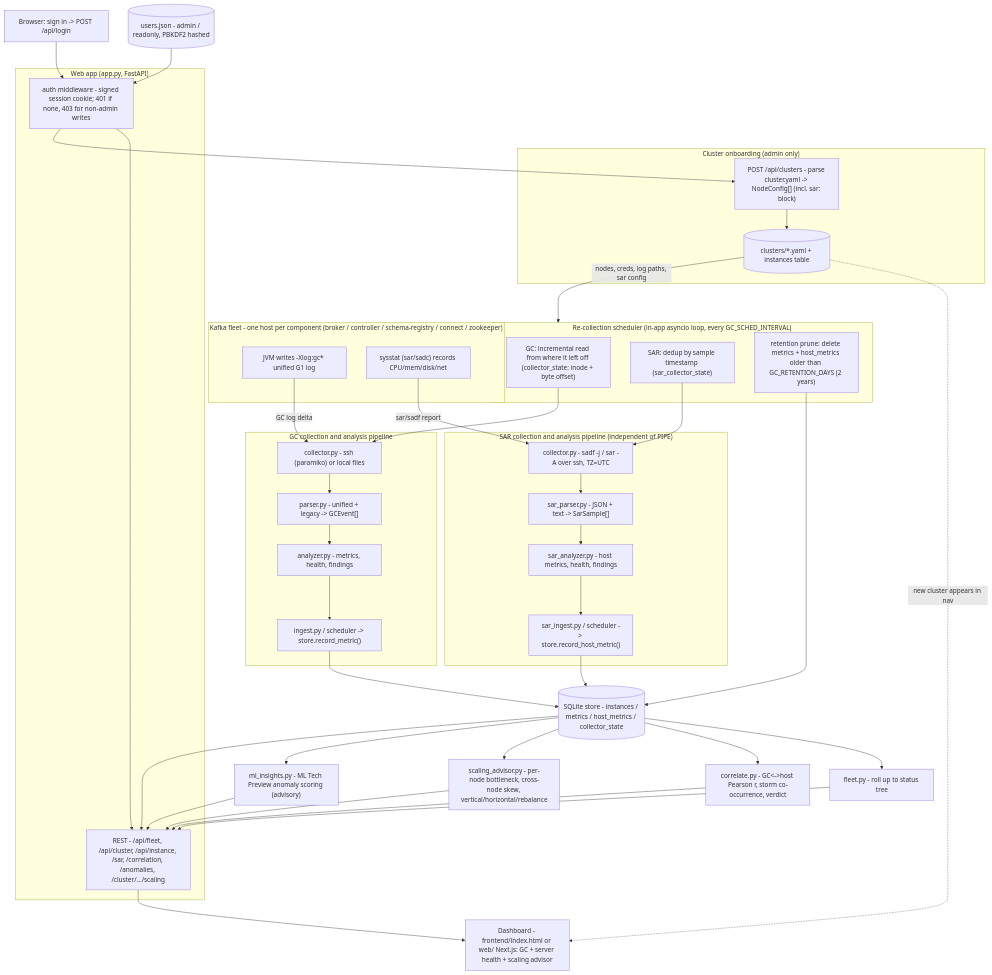
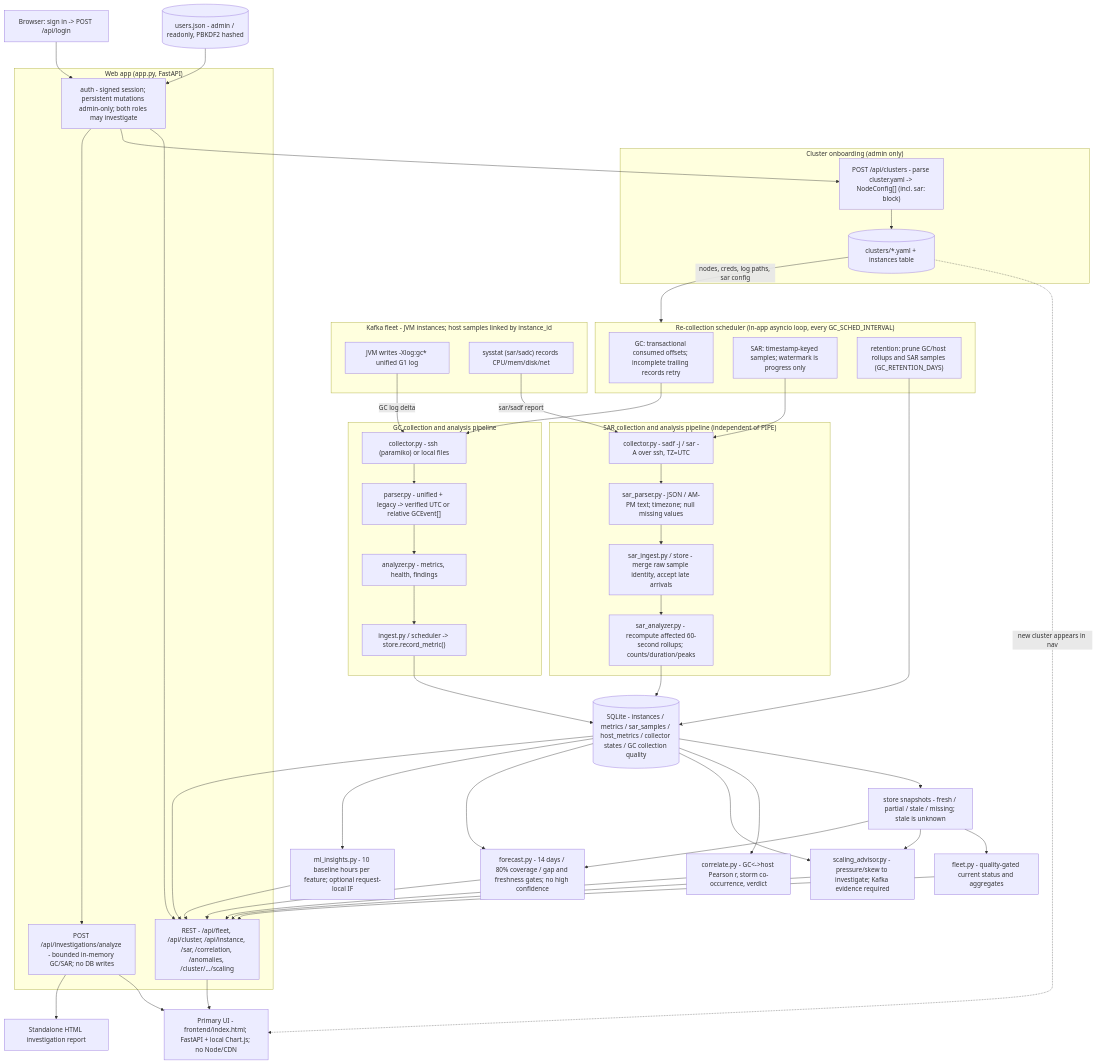
One commit to koyouko/gc-analyzer changed the diagram in README.md. Above: the diagram before and after it, drawn with Mermaid. The commit also changed other lines of this file and 57 other files, not shown here.

````diff
--- a/README.md
+++ b/README.md
@@ -453,65 +584,73 @@
 ```mermaid
 flowchart TB
-    subgraph SRC["Kafka fleet - one host per component (broker / controller / schema-registry / connect / zookeeper)"]
+    subgraph SRC["Kafka fleet - JVM instances; host samples linked by instance_id"]
         JVM["JVM writes -Xlog:gc* unified G1 log"]
         SAR["sysstat (sar/sadc) records CPU/mem/disk/net"]
     end
 
     subgraph SCHED["Re-collection scheduler (in-app asyncio loop, every GC_SCHED_INTERVAL)"]
-        INC["GC: incremental read from where it left off (collector_state: inode + byte offset)"]
-        SARINC["SAR: dedup by sample timestamp (sar_collector_state)"]
-        PRUNE["retention prune: delete metrics + host_metrics older than GC_RETENTION_DAYS (2 years)"]
+        INC["GC: transactional consumed offsets; incomplete trailing records retry"]
+        SARINC["SAR: timestamp-keyed samples; watermark is progress only"]
+        PRUNE["retention: prune GC/host rollups and SAR samples (GC_RETENTION_DAYS)"]
     end
 
     subgraph PIPE["GC collection and analysis pipeline"]
         COL["collector.py - ssh (paramiko) or local files"]
-        PAR["parser.py - unified + legacy -> GCEvent[]"]
+        PAR["parser.py - unified + legacy -> verified UTC or relative GCEvent[]"]
         ANA["analyzer.py - metrics, health, findings"]
         REC["ingest.py / scheduler -> store.record_metric()"]
         COL --> PAR --> ANA --> REC
     end
 
     subgraph SARPIPE["SAR collection and analysis pipeline (independent of PIPE)"]
         SCOL["collector.py - sadf -j / sar -A over ssh, TZ=UTC"]
-        SPAR["sar_parser.py - JSON + text -> SarSample[]"]
-        SANA["sar_analyzer.py - host metrics, health, findings"]
-        SREC["sar_ingest.py / scheduler -> store.record_host_metric()"]
-        SCOL --> SPAR --> SANA --> SREC
+        SPAR["sar_parser.py - JSON / AM-PM text; timezone; null missing values"]
+        SREC["sar_ingest.py / store - merge raw sample identity, accept late arrivals"]
+        SANA["sar_analyzer.py - recompute affected 60-second rollups; counts/duration/peaks"]
+        SCOL --> SPAR --> SREC --> SANA
     end
 
     subgraph ONB["Cluster onboarding (admin only)"]
         APIC["POST /api/clusters - parse cluster.yaml -> NodeConfig[] (incl. sar: block)"]
         CFG[("clusters/*.yaml + instances table")]
         APIC --> CFG
     end
 
     JVM -->|"GC log delta"| COL
     SAR -->|"sar/sadf report"| SCOL
     CFG -->|"nodes, creds, log paths, sar config"| SCHED
     INC --> COL
     SARINC --> SCOL
-    REC --> DB[("SQLite store - instances / metrics / host_metrics / collector_state")]
-    SREC --> DB
+    REC --> DB[("SQLite - instances / metrics / sar_samples / host_metrics / collector states / GC collection quality")]
+    SANA --> DB
     PRUNE --> DB
-    DB --> FL["fleet.py - roll up to status tree"]
+    DB --> QUALITY["store snapshots - fresh / partial / stale / missing; stale is unknown"]
+    QUALITY --> FL["fleet.py - quality-gated current status and aggregates"]
     DB --> CORR["correlate.py - GC<->host Pearson r, storm co-occurrence, verdict"]
-    DB --> SCALE["scaling_advisor.py - per-node bottleneck, cross-node skew, vertical/horizontal/rebalance"]
-    DB --> ML["ml_insights.py - ML Tech Preview anomaly scoring (advisory)"]
+    DB --> SCALE["scaling_advisor.py - pressure/skew to investigate; Kafka evidence required"]
+    DB --> FC["forecast.py - 14 days / 80% coverage / gap and freshness gates; no high confidence"]
+    DB --> ML["ml_insights.py - 10 baseline hours per feature; optional request-local IF"]
+    QUALITY --> SCALE
+    QUALITY --> FC
 
     subgraph WEB["Web app (app.py, FastAPI)"]
-        AUTH["auth middleware - signed session cookie; 401 if none, 403 for non-admin writes"]
+        AUTH["auth - signed session; persistent mutations admin-only; both roles may investigate"]
         API["REST - /api/fleet, /api/cluster, /api/instance, /sar, /correlation, /anomalies, /cluster/.../scaling"]
         AUTH --> API
         AUTH --> APIC
+        AUTH --> INV["POST /api/investigations/analyze - bounded in-memory GC/SAR; no DB writes"]
     end
 
     FL --> API
     DB --> API
     CORR --> API
     SCALE --> API
     ML --> API
+    FC --> API
     USERS[("users.json - admin / readonly, PBKDF2 hashed")] --> AUTH
     LOGIN["Browser: sign in -> POST /api/login"] --> AUTH
-    API --> DASH["Dashboard - frontend/index.html or web/ Next.js: GC + server health + scaling advisor"]
+    API --> DASH["Primary UI - frontend/index.html; FastAPI + local Chart.js; no Node/CDN"]
+    INV --> DASH
+    INV --> REPORT["Standalone HTML investigation report"]
     CFG -.->|"new cluster appears in nav"| DASH
 ```
````
